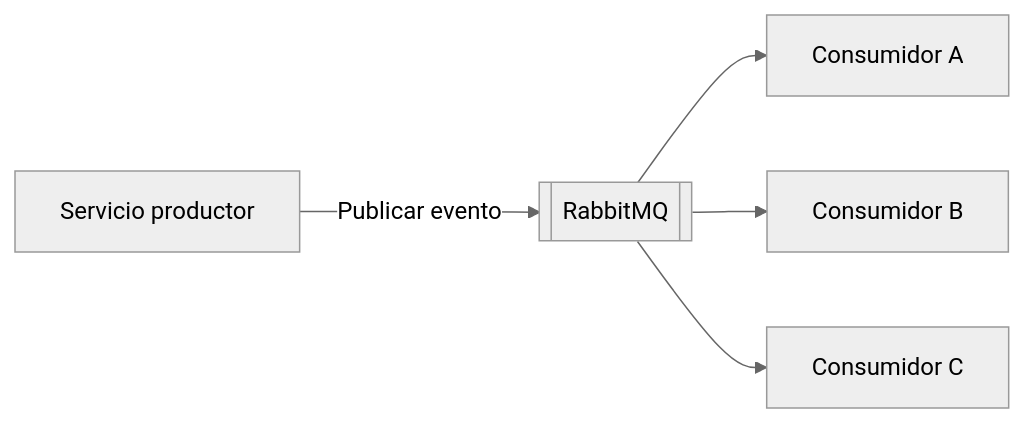
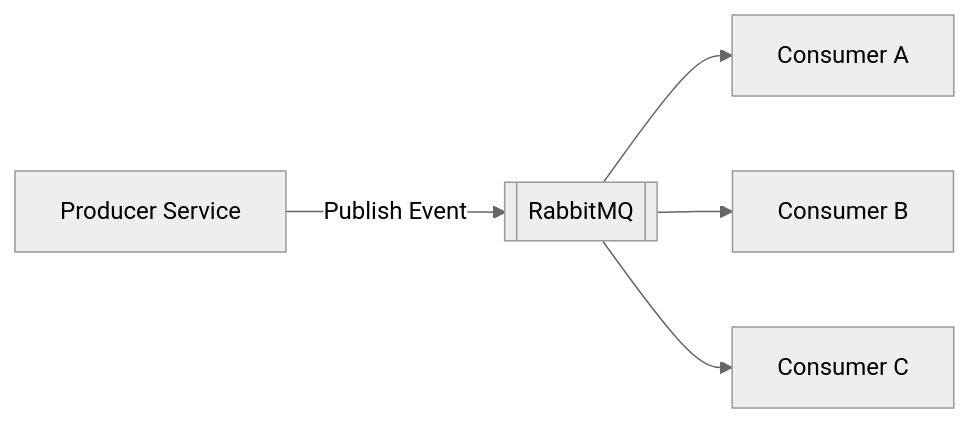
Diagram 14 of 29 in Connectivity Strategies in Distributed Systems/ARCHITECTURE.md (migueval/software-engineering), drawn with Mermaid (neutral theme) before and after one commit. The commit also changed other lines of this file and 19 other files, not shown here.

````diff
--- a/Connectivity Strategies in Distributed Systems/ARCHITECTURE.md
+++ b/Connectivity Strategies in Distributed Systems/ARCHITECTURE.md
@@ -735,14 +735,14 @@
 ```mermaid
 flowchart LR
 
-    PRODUCER["Servicio productor"]
+    PRODUCER["Producer Service"]
     MQ[["RabbitMQ"]]
-    CONSUMER_A["Consumidor A"]
-    CONSUMER_B["Consumidor B"]
-    CONSUMER_C["Consumidor C"]
+    CONSUMER_A["Consumer A"]
+    CONSUMER_B["Consumer B"]
+    CONSUMER_C["Consumer C"]
 
-    PRODUCER -->|"Publicar evento"| MQ
+    PRODUCER -->|"Publish Event"| MQ
     MQ --> CONSUMER_A
     MQ --> CONSUMER_B
     MQ --> CONSUMER_C
 ```
````
